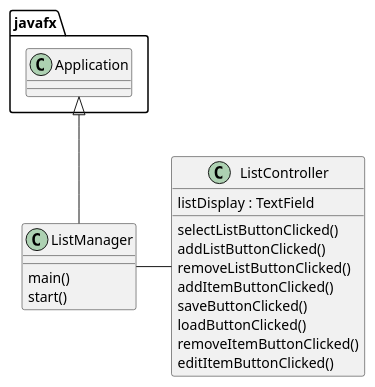
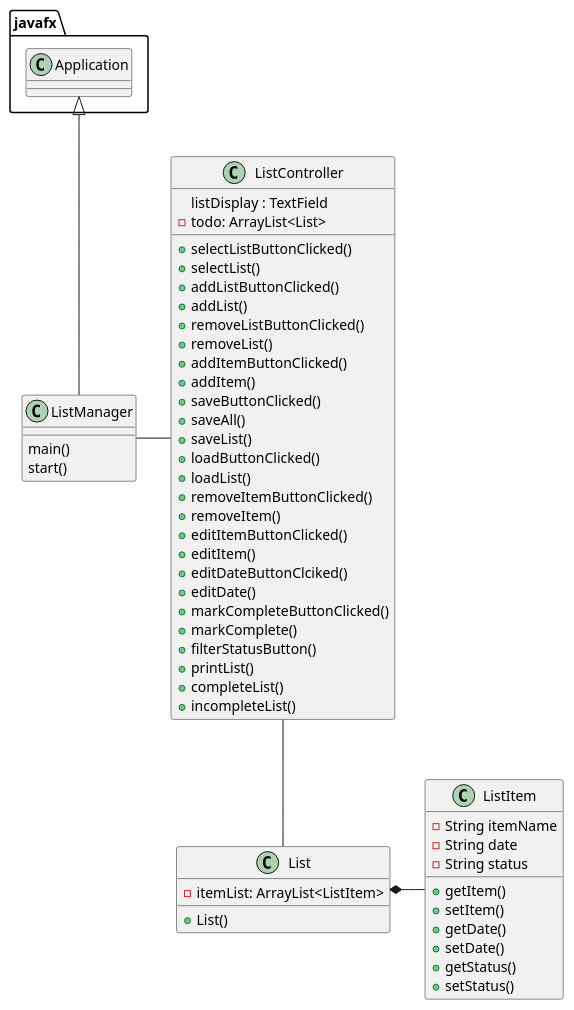
One commit to cristiam193/enciso-cop3330-assignment4 changed the diagram in uml/assignment4plant.puml. Above: the diagram before and after it, drawn with PlantUML. The commit also changed 7 other files, not shown here.

```diff
--- a/uml/assignment4plant.puml
+++ b/uml/assignment4plant.puml
@@ -1,26 +1,61 @@
 @startuml
 'https://plantuml.com/class-diagram
 
 class ListManager {
     main()
     start()
 }
 
 class ListController {
     listDisplay : TextField
+    - todo: ArrayList<List>
 
-    selectListButtonClicked()
-    addListButtonClicked()
-    removeListButtonClicked()
-    addItemButtonClicked()
-    saveButtonClicked()
-    loadButtonClicked()
-    removeItemButtonClicked()
-    editItemButtonClicked()
+    +selectListButtonClicked()
+    +selectList()
+    +addListButtonClicked()
+    +addList()
+    +removeListButtonClicked()
+    +removeList()
+    +addItemButtonClicked()
+    +addItem()
+    +saveButtonClicked()
+    +saveAll()
+    +saveList()
+    +loadButtonClicked()
+    +loadList()
+    +removeItemButtonClicked()
+    +removeItem()
+    +editItemButtonClicked()
+    +editItem()
+    +editDateButtonClciked()
+    +editDate()
+    +markCompleteButtonClicked()
+    +markComplete()
+    +filterStatusButton()
+    +printList()
+    +completeList()
+    +incompleteList()
 
+}
+class List {
+    -itemList: ArrayList<ListItem>
+    +List()
+}
+
+class ListItem {
+    -String itemName
+    -String date
+    -String status
+    +getItem()
+    +setItem()
+    +getDate()
+    +setDate()
+    +getStatus()
+    +setStatus()
 }
 
 javafx.Application <|-- ListManager
-
 ListManager - ListController
+List *- ListItem
+ListController -- List
 @enduml
```
